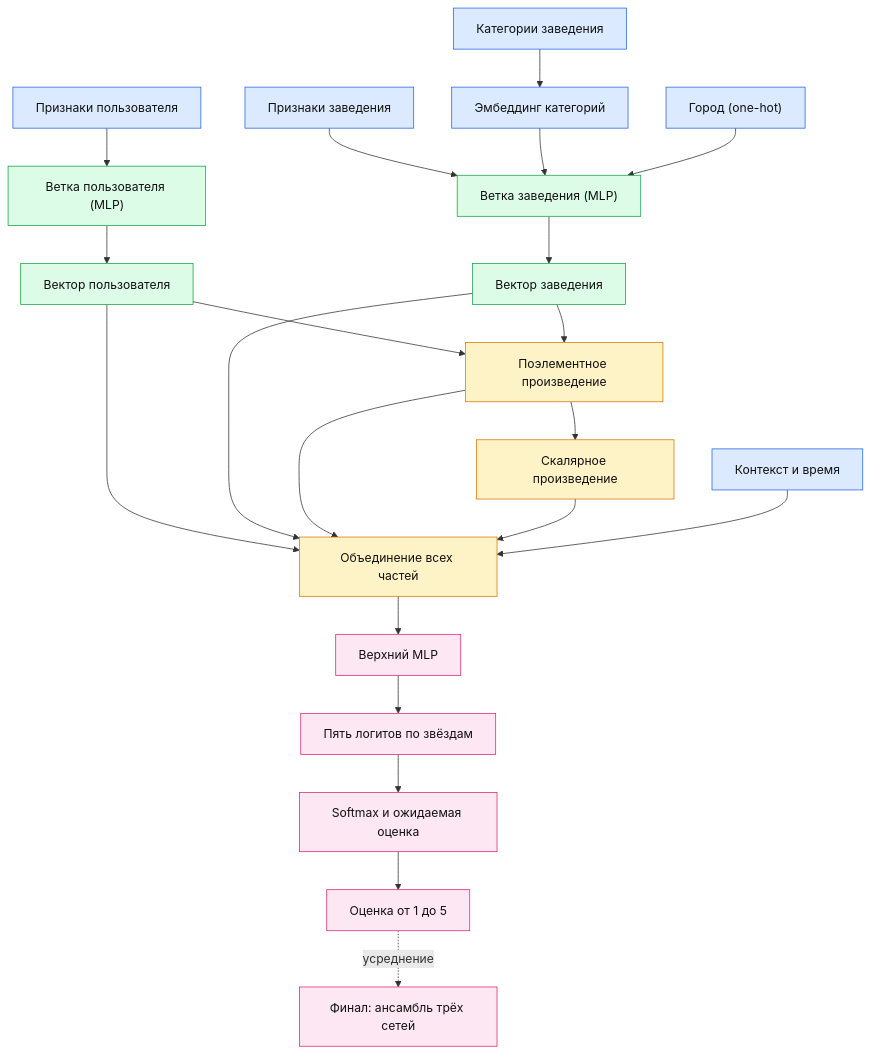
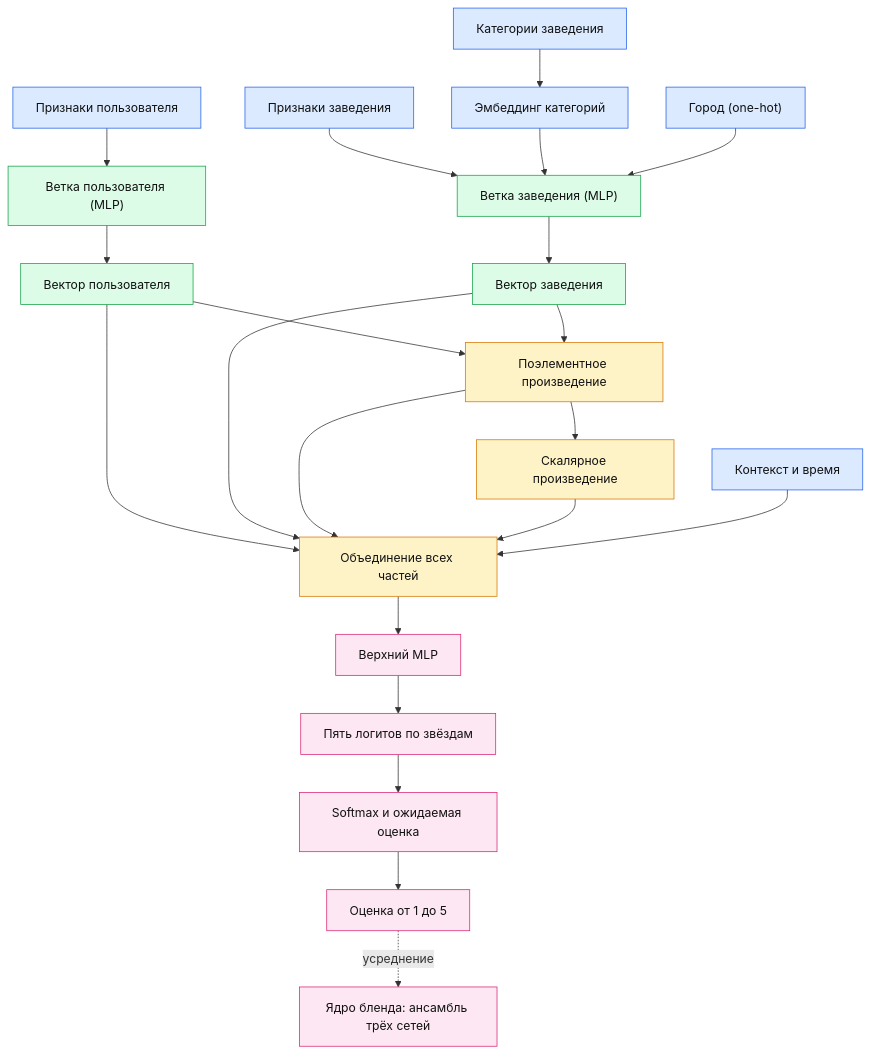
Before and after one commit to bluesteelll/gp5: the first of 2 diagrams in README.md, drawn with Mermaid. The commit also changed other lines of this file and 23 other files, not shown here.

````diff
--- a/README.md
+++ b/README.md
@@ -147,44 +155,44 @@
 ```mermaid
 flowchart TD
     XU["Признаки пользователя"]
     XB["Признаки заведения"]
     CAT["Категории заведения"]
     CITY["Город (one-hot)"]
     CTX["Контекст и время"]
 
     CAT --> EMB["Эмбеддинг категорий"]
 
     XU --> UM["Ветка пользователя (MLP)"]
     XB --> BM["Ветка заведения (MLP)"]
     EMB --> BM
     CITY --> BM
 
     UM --> U["Вектор пользователя"]
     BM --> V["Вектор заведения"]
 
     U --> HAD["Поэлементное произведение"]
     V --> HAD
     HAD --> DOT["Скалярное произведение"]
 
     U --> CC["Объединение всех частей"]
     V --> CC
     HAD --> CC
     DOT --> CC
     CTX --> CC
 
     CC --> TOP["Верхний MLP"]
     TOP --> LOG["Пять логитов по звёздам"]
     LOG --> DEC["Softmax и ожидаемая оценка"]
     DEC --> OUT["Оценка от 1 до 5"]
-    OUT -.->|усреднение| ENS["Финал: ансамбль трёх сетей"]
+    OUT -.->|усреднение| ENS["Ядро бленда: ансамбль трёх сетей"]
 
     classDef in   fill:#dbeafe,stroke:#2563eb,color:#111;
     classDef br   fill:#dcfce7,stroke:#16a34a,color:#111;
     classDef int  fill:#fef3c7,stroke:#d97706,color:#111;
     classDef head fill:#fce7f3,stroke:#db2777,color:#111;
 
     class XU,XB,CAT,CITY,CTX,EMB in;
     class UM,BM,U,V br;
     class HAD,DOT,CC int;
     class TOP,LOG,DEC,OUT,ENS head;
 ```
````
